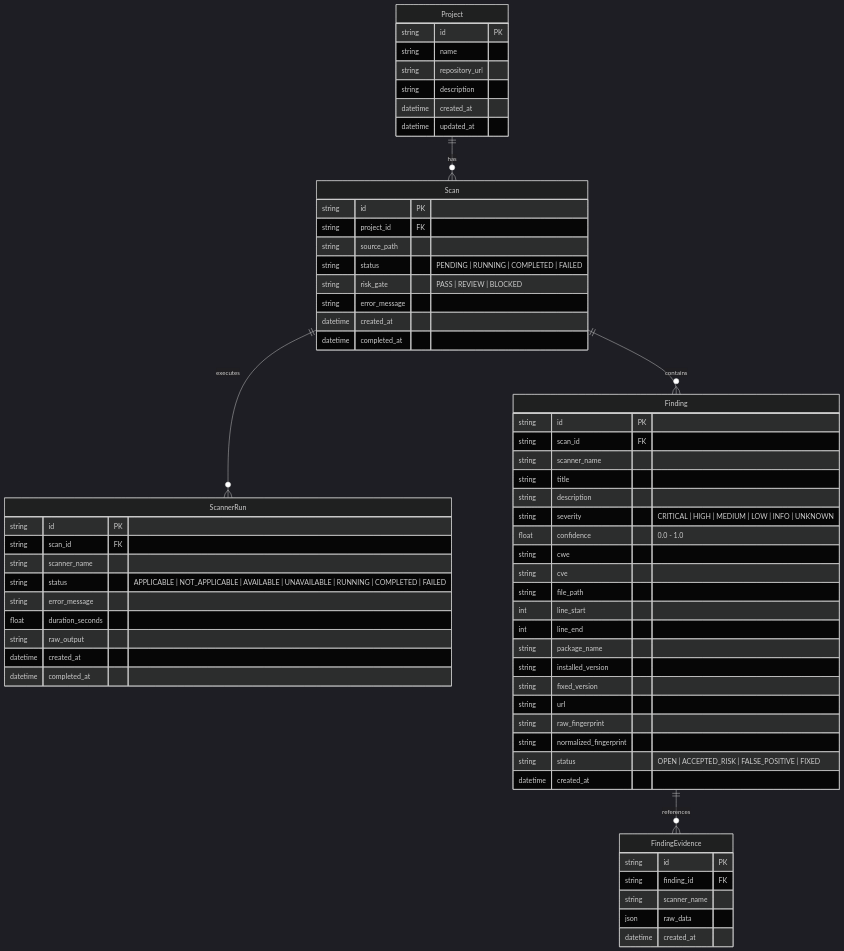
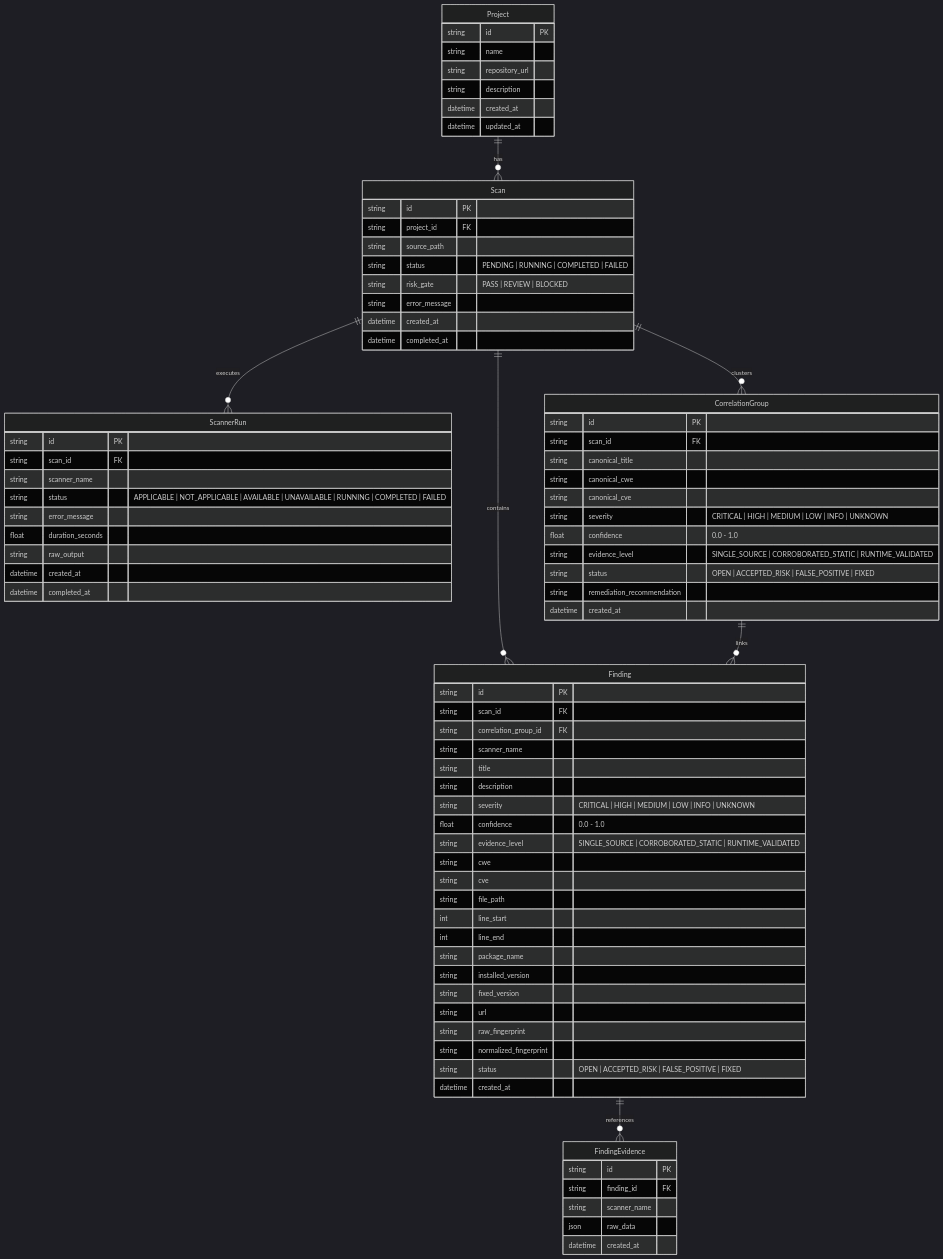
One commit to mdigitalbh81/secops-orchestrator changed the second of 3 diagrams in README.md. Above: the diagram before and after it, drawn with Mermaid (dark theme). The commit also changed other lines of this file and 40 other files, not shown here.

```diff
--- a/README.md
+++ b/README.md
@@ -68,6 +70,8 @@
     Project ||--o{ Scan : has
     Scan ||--o{ ScannerRun : executes
     Scan ||--o{ Finding : contains
+    Scan ||--o{ CorrelationGroup : clusters
+    CorrelationGroup ||--o{ Finding : links
     Finding ||--o{ FindingEvidence : references
 
     Project {
@@ -90,6 +94,20 @@
         datetime completed_at
     }
 
+    CorrelationGroup {
+        string id PK
+        string scan_id FK
+        string canonical_title
+        string canonical_cwe
+        string canonical_cve
+        string severity "CRITICAL | HIGH | MEDIUM | LOW | INFO | UNKNOWN"
+        float confidence "0.0 - 1.0"
+        string evidence_level "SINGLE_SOURCE | CORROBORATED_STATIC | RUNTIME_VALIDATED"
+        string status "OPEN | ACCEPTED_RISK | FALSE_POSITIVE | FIXED"
+        string remediation_recommendation
+        datetime created_at
+    }
+
     ScannerRun {
         string id PK
         string scan_id FK
@@ -105,11 +123,13 @@
     Finding {
         string id PK
         string scan_id FK
+        string correlation_group_id FK
         string scanner_name
         string title
         string description
         string severity "CRITICAL | HIGH | MEDIUM | LOW | INFO | UNKNOWN"
         float confidence "0.0 - 1.0"
+        string evidence_level "SINGLE_SOURCE | CORROBORATED_STATIC | RUNTIME_VALIDATED"
         string cwe
         string cve
         string file_path
```
